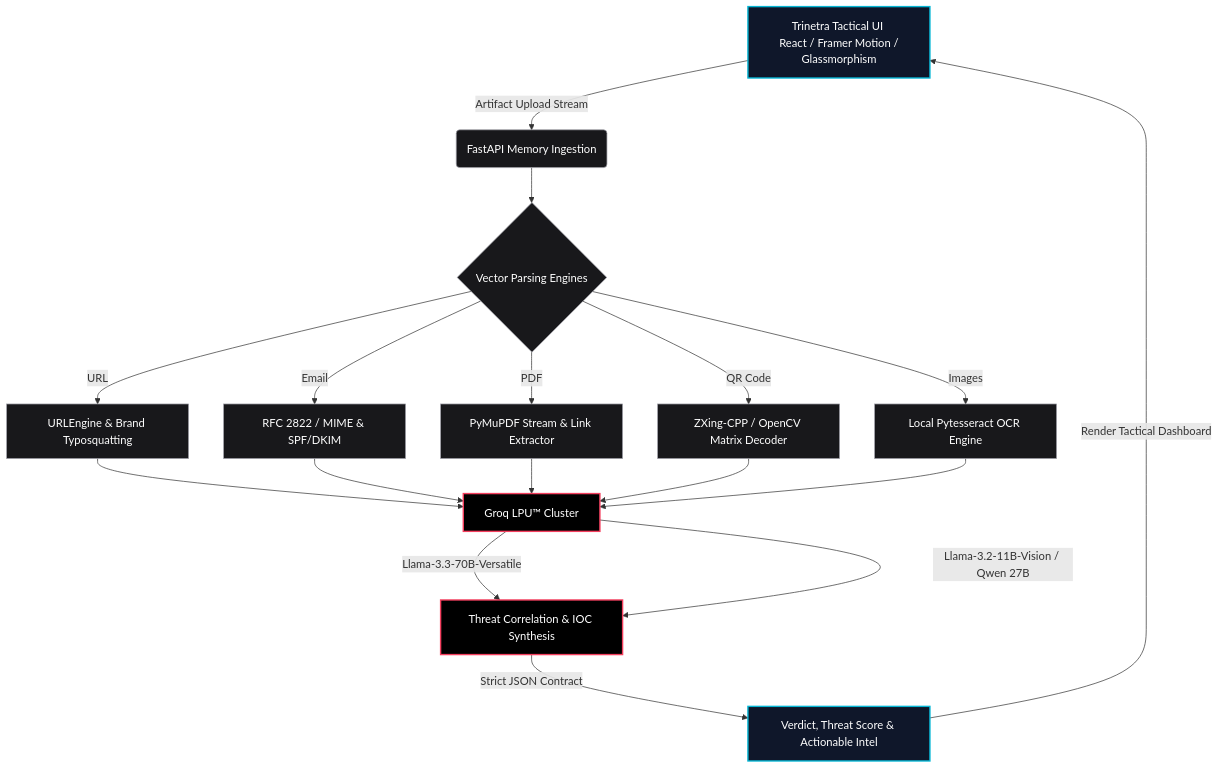
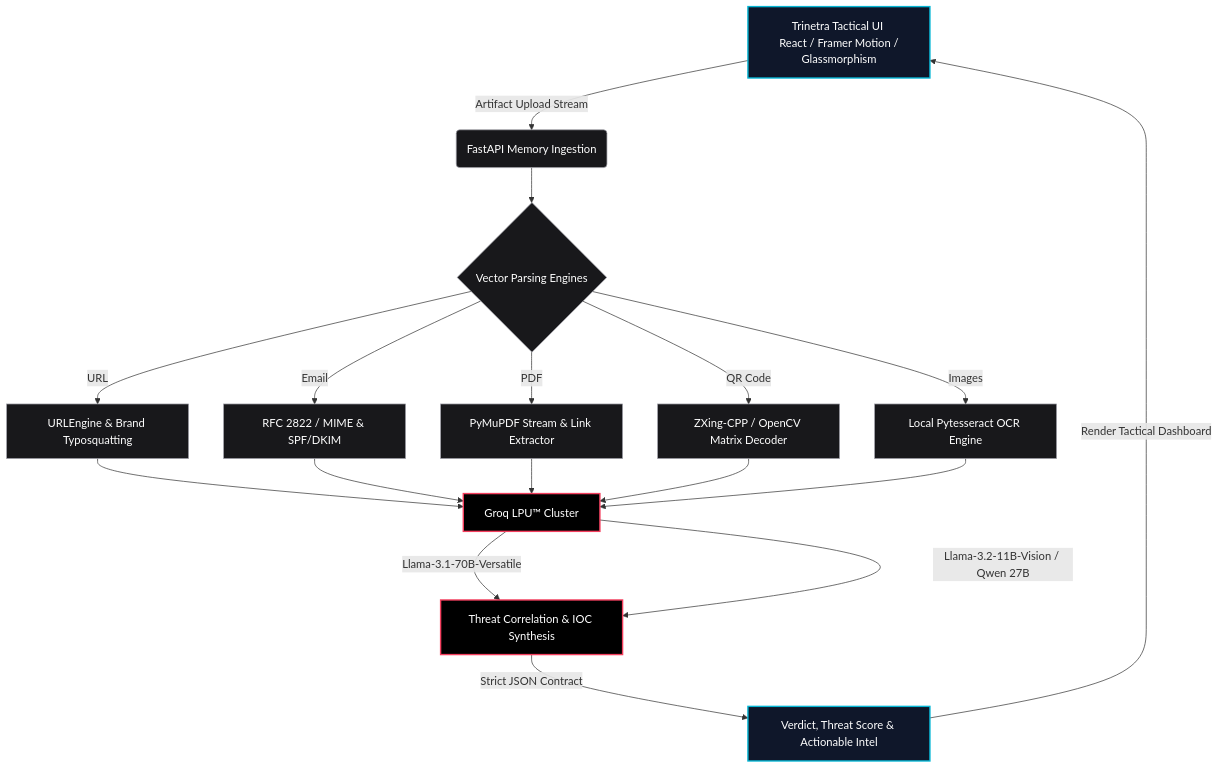
The diagram in README.md (prasad-sec/TRINETRA), drawn with Mermaid before and after one commit. The commit also changed other lines of this file and 7 other files, not shown here.

````diff
--- a/README.md
+++ b/README.md
@@ -17,30 +17,30 @@
 ```mermaid
 graph TD
     %% Frontend Layer
     A[Trinetra Tactical UI <br/> React / Framer Motion / Glassmorphism] -->|Artifact Upload Stream| B(FastAPI Memory Ingestion)
     
     %% Processing Layer (Edge Deterministic Parsing)
     B --> C{Vector Parsing Engines}
     C -->|URL| D[URLEngine & Brand Typosquatting]
     C -->|Email| E[RFC 2822 / MIME & SPF/DKIM]
     C -->|PDF| F[PyMuPDF Stream & Link Extractor]
     C -->|QR Code| G[ZXing-CPP / OpenCV Matrix Decoder]
     C -->|Images| H[Local Pytesseract OCR Engine]
     
     %% AI Intelligence Layer
     D & E & F & G --> I[Groq LPU™ Cluster]
     H --> I
-    I -->|Llama-3.3-70B-Versatile| J[Threat Correlation & IOC Synthesis]
+    I -->|Llama-3.1-70B-Versatile| J[Threat Correlation & IOC Synthesis]
     I -->|Llama-3.2-11B-Vision / Qwen 27B| J
     
     %% Output Layer
     J -->|Strict JSON Contract| K[Verdict, Threat Score & Actionable Intel]
     K -->|Render Tactical Dashboard| A
     
     classDef frontend fill:#0f172a,stroke:#06b6d4,stroke-width:2px,color:#fff
     classDef backend fill:#18181b,stroke:#a1a1aa,stroke-width:1px,color:#fff
     classDef ai fill:#000000,stroke:#f43f5e,stroke-width:2px,color:#fff
     class A,K frontend
     class B,C,D,E,F,G,H backend
     class I,J ai
 ```
````
